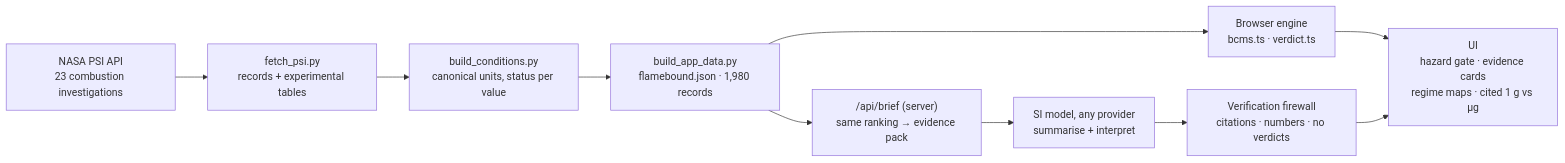
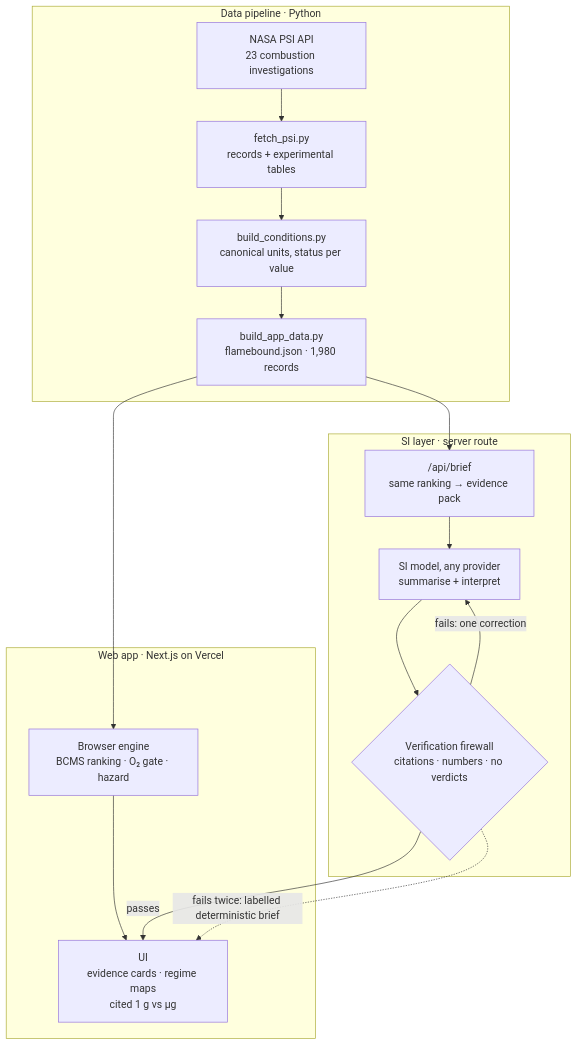
Before and after one commit to prattaybanik03/flamebound-flame-in-freefall: the diagram in README.md, drawn with Mermaid.

Commit message:
README: readable top-down architecture diagram with the SI correction loop

````diff
--- a/README.md
+++ b/README.md
@@ -50,12 +50,20 @@
 ```mermaid
-flowchart LR
-  A["NASA PSI API<br/>23 combustion investigations"] --> B["fetch_psi.py<br/>records + experimental tables"]
-  B --> C["build_conditions.py<br/>canonical units, status per value"]
-  C --> D["build_app_data.py<br/>flamebound.json · 1,980 records"]
-  D --> E["Browser engine<br/>bcms.ts · verdict.ts"]
-  E --> F["UI<br/>hazard gate · evidence cards<br/>regime maps · cited 1 g vs µg"]
-  D --> G["/api/brief (server)<br/>same ranking → evidence pack"]
-  G --> H["SI model, any provider<br/>summarise + interpret"]
-  H --> I["Verification firewall<br/>citations · numbers · no verdicts"]
-  I --> F
+flowchart TD
+  subgraph P["Data pipeline · Python"]
+    A["NASA PSI API<br/>23 combustion investigations"] --> B["fetch_psi.py<br/>records + experimental tables"]
+    B --> C["build_conditions.py<br/>canonical units, status per value"]
+    C --> D["build_app_data.py<br/>flamebound.json · 1,980 records"]
+  end
+  subgraph W["Web app · Next.js on Vercel"]
+    E["Browser engine<br/>BCMS ranking · O₂ gate · hazard"] --> F["UI<br/>evidence cards · regime maps<br/>cited 1 g vs µg"]
+  end
+  subgraph S["SI layer · server route"]
+    G["/api/brief<br/>same ranking → evidence pack"] --> H["SI model, any provider<br/>summarise + interpret"]
+    H --> I{"Verification firewall<br/>citations · numbers · no verdicts"}
+    I -- "fails: one correction" --> H
+  end
+  D --> E
+  D --> G
+  I -- "passes" --> F
+  I -. "fails twice: labelled deterministic brief" .-> F
 ```
````
